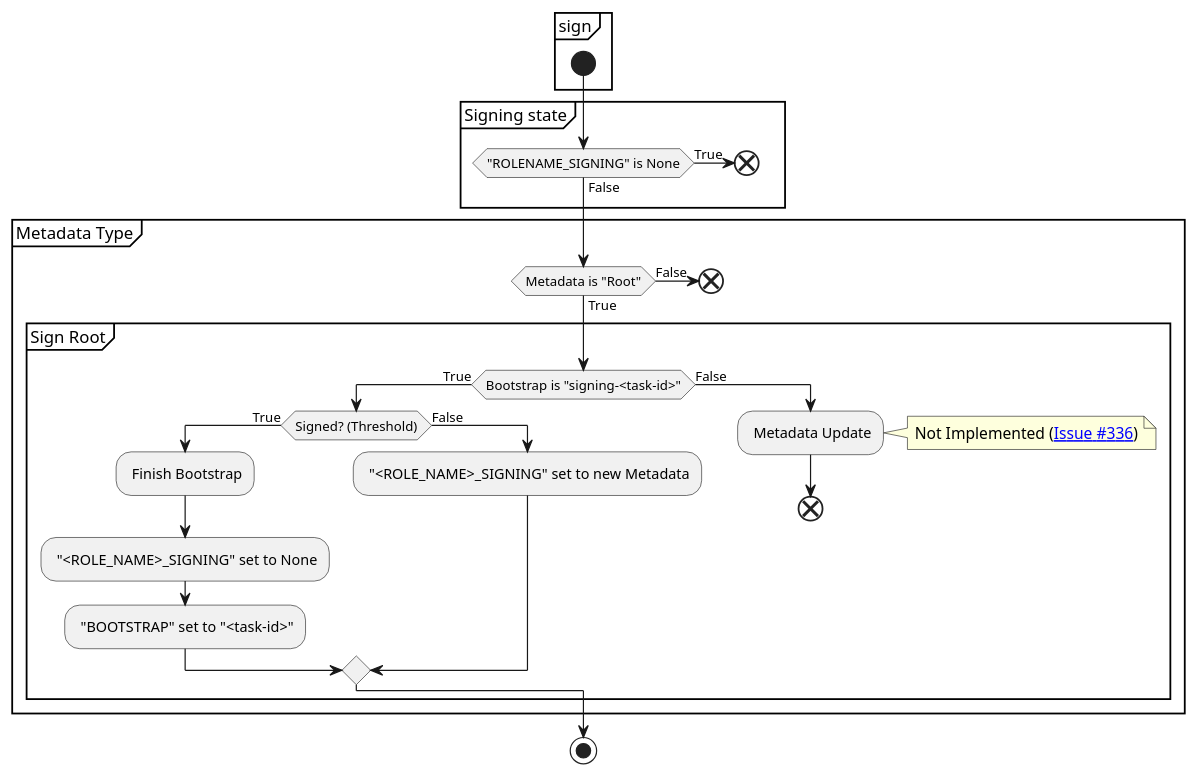
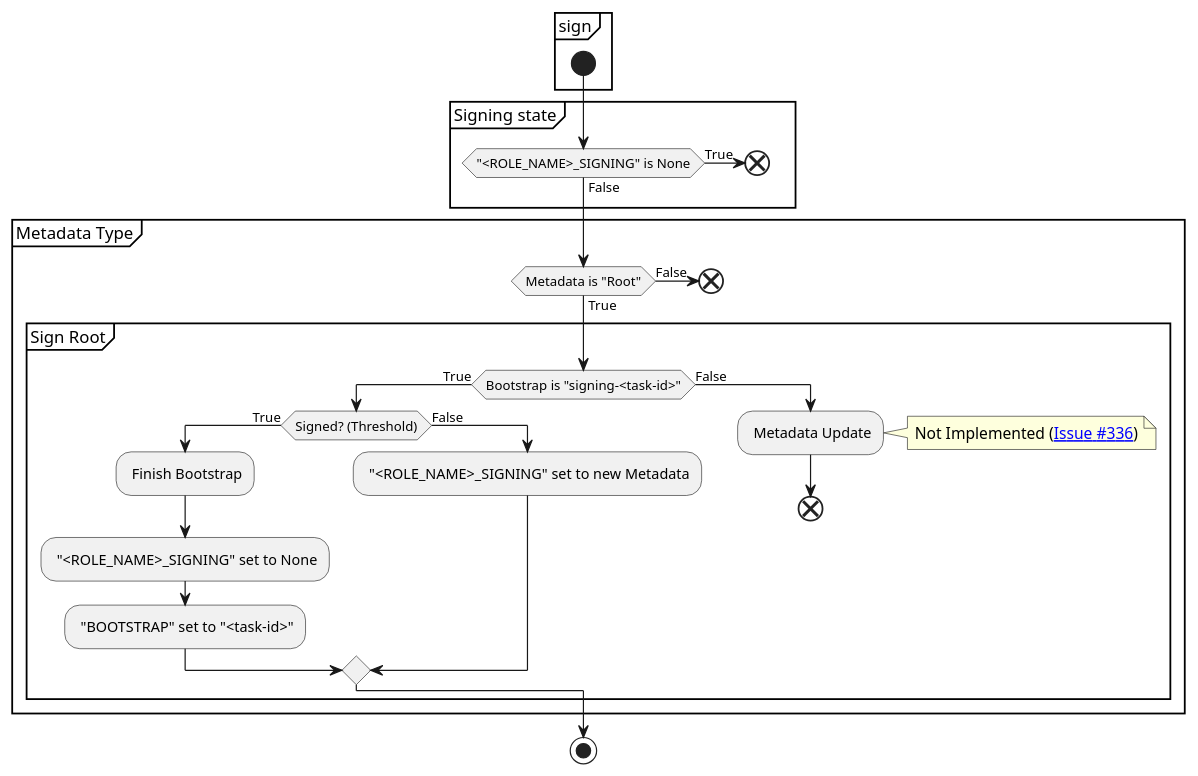
The first of 4 diagrams in docs/source/devel/index.rst (repository-service-tuf/repository-service-tuf-worker), drawn with PlantUML before and after one commit. The commit also changed other lines of this file, not shown here.

Commit message:
Fix typos and consistency for naming
Fix typos and consistency for naming

```diff
--- a/docs/source/devel/index.rst
+++ b/docs/source/devel/index.rst
@@ -38,42 +38,42 @@
 .. uml::
 
    @startuml
       partition "sign" {
          start
       }
 
       partition "Signing state" {
-         if ("ROLENAME_SIGNING" is None) then (True)
+         if ("<ROLE_NAME>_SIGNING" is None) then (True)
             end
          else (False)
          endif
       }
 
       partition "Metadata Type" {
          if (Metadata is "Root") then (False)
             end
          else (True)
             partition "Sign Root" {
                if (Bootstrap is "signing-<task-id>") then (True)
                   if (Signed? (Threshold)) then (True)
                      : Finish Bootstrap;
                      : "<ROLE_NAME>_SIGNING" set to None;
                      : "BOOTSTRAP" set to "<task-id>";
                   else (False)
                      : "<ROLE_NAME>_SIGNING" set to new Metadata;
                   endif
 
                else (False)
                   : Metadata Update;
                   note right
                      Not Implemented ([[https://github.com/repository-service-tuf/repository-service-tuf-worker/issues/336 Issue #336]])
                   end note
                   end
                endif
 
             }
          endif
       }
       stop
 
     @enduml
```
